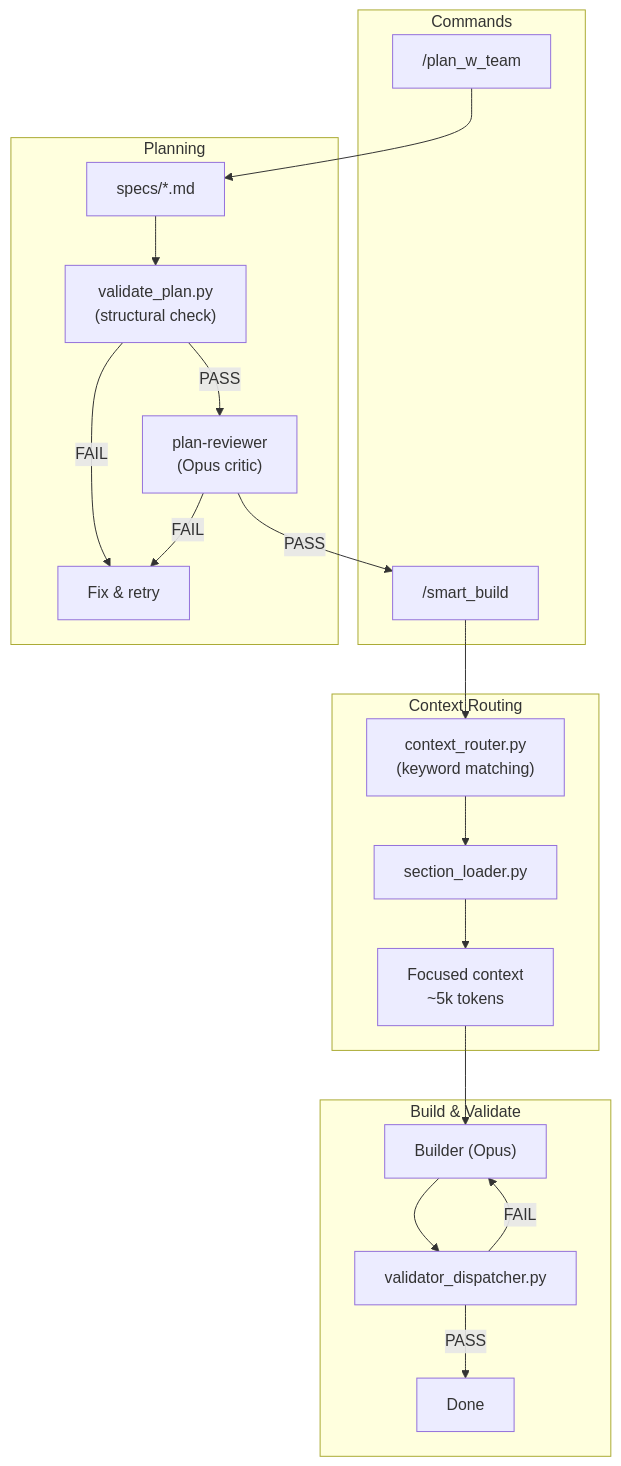
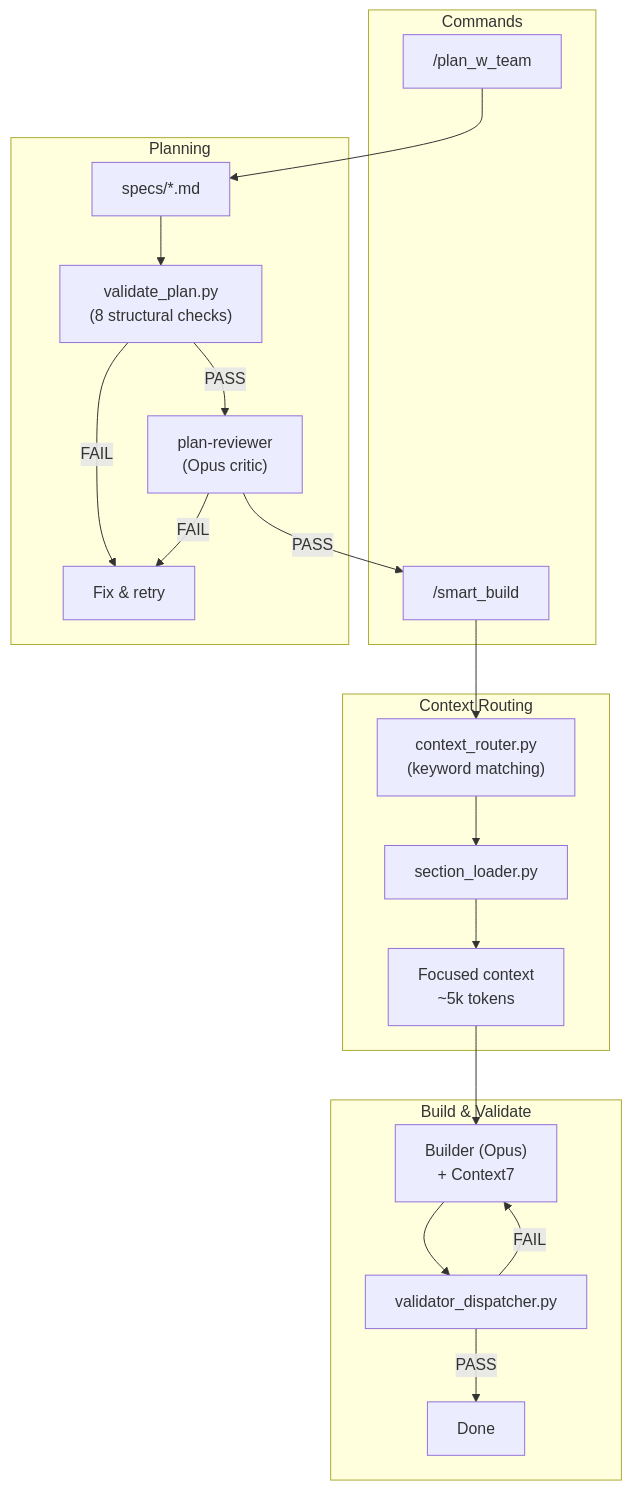
One commit to a-simeshin/claude-code-hooks-mastery changed the diagram in README.md. Above: the diagram before and after it, drawn with Mermaid. The commit also changed other lines of this file, not shown here.

````diff
--- a/README.md
+++ b/README.md
@@ -22,29 +28,29 @@
 ```mermaid
 flowchart TB
     subgraph Commands
         plan["/plan_w_team"]
         smart["/smart_build"]
     end
 
     subgraph Planning
         plan --> spec["specs/*.md"]
-        spec --> vp["validate_plan.py<br/>(structural check)"]
+        spec --> vp["validate_plan.py<br/>(8 structural checks)"]
         vp -->|PASS| pr["plan-reviewer<br/>(Opus critic)"]
         pr -->|PASS| smart
         vp -->|FAIL| fix["Fix & retry"]
         pr -->|FAIL| fix
     end
 
     subgraph "Context Routing"
         smart --> cr["context_router.py<br/>(keyword matching)"]
         cr --> sl["section_loader.py"]
         sl --> ctx["Focused context<br/>~5k tokens"]
     end
 
     subgraph "Build & Validate"
-        ctx --> builder["Builder (Opus)"]
+        ctx --> builder["Builder (Opus)<br/>+ Context7"]
         builder --> vd["validator_dispatcher.py"]
         vd -->|FAIL| builder
         vd -->|PASS| done["Done"]
     end
 ```
````
